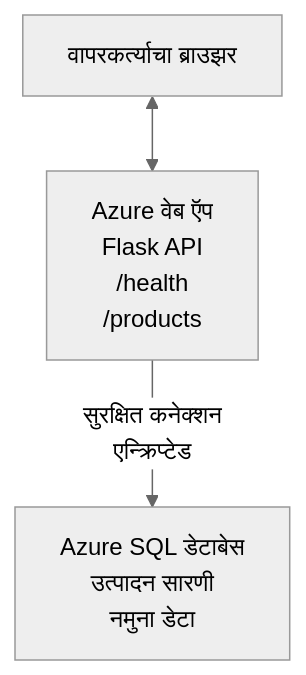
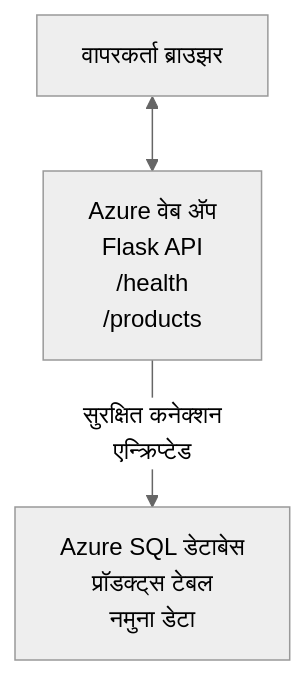
The diagram in translations/mr/examples/database-app/README.md (microsoft/AZD-for-beginners), drawn with Mermaid (neutral theme) before and after one commit. The commit also changed other lines of this file and 104 other files, not shown here.

````diff
--- a/translations/mr/examples/database-app/README.md
+++ b/translations/mr/examples/database-app/README.md
@@ -72,5 +73,5 @@
 ```mermaid
 graph TD
-    Browser[वापरकर्त्याचा ब्राउझर] <--> WebApp[Azure वेब ऍप<br/>Flask API<br/>/health<br/>/products]
-    WebApp -- सुरक्षित कनेक्शन<br/>एन्क्रिप्टेड --> SQL[Azure SQL डेटाबेस<br/>उत्पादन सारणी<br/>नमुना डेटा]
+    Browser[वापरकर्ता ब्राउझर] <--> WebApp[Azure वेब अ‍ॅप<br/>Flask API<br/>/health<br/>/products]
+    WebApp -- सुरक्षित कनेक्शन<br/>एन्क्रिप्टेड --> SQL[Azure SQL डेटाबेस<br/>प्रॉडक्ट्स टेबल<br/>नमुना डेटा]
 ```
````
